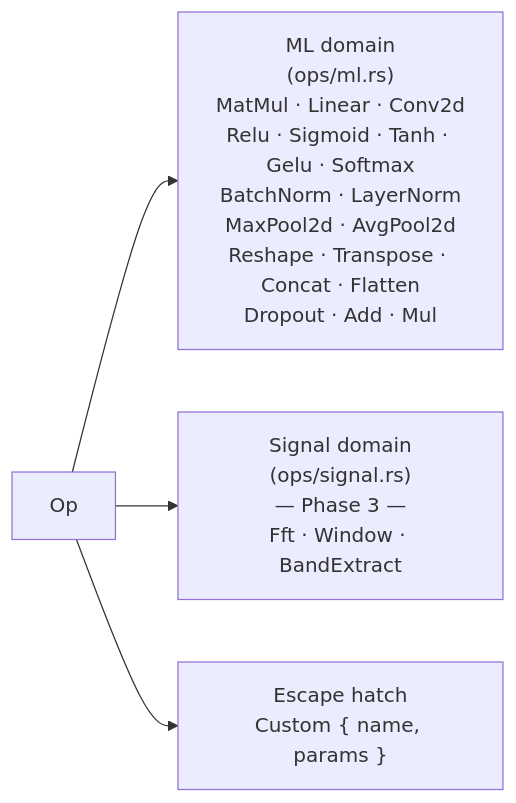
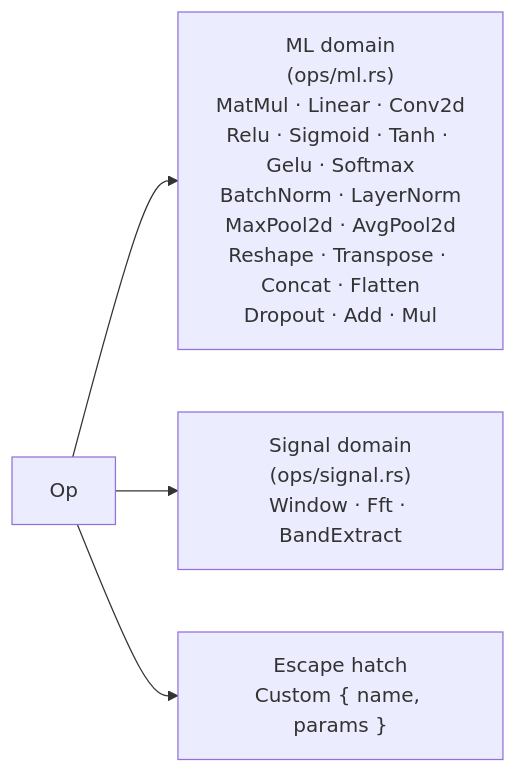
Before and after one commit to vansweej/graphynx: the first of 5 diagrams in docs/op-catalog.md, drawn with Mermaid. The commit also changed other lines of this file and 6 other files, not shown here.

````diff
--- a/docs/op-catalog.md
+++ b/docs/op-catalog.md
@@ -20,6 +20,6 @@
 ```mermaid
 graph LR
     Op --> ML["ML domain<br/>(ops/ml.rs)<br/>MatMul · Linear · Conv2d<br/>Relu · Sigmoid · Tanh · Gelu · Softmax<br/>BatchNorm · LayerNorm<br/>MaxPool2d · AvgPool2d<br/>Reshape · Transpose · Concat · Flatten<br/>Dropout · Add · Mul"]
-    Op --> Signal["Signal domain<br/>(ops/signal.rs)<br/>— Phase 3 —<br/>Fft · Window · BandExtract"]
+    Op --> Signal["Signal domain<br/>(ops/signal.rs)<br/>Window · Fft · BandExtract"]
     Op --> EscapeHatch["Escape hatch<br/>Custom { name, params }"]
 ```
````
